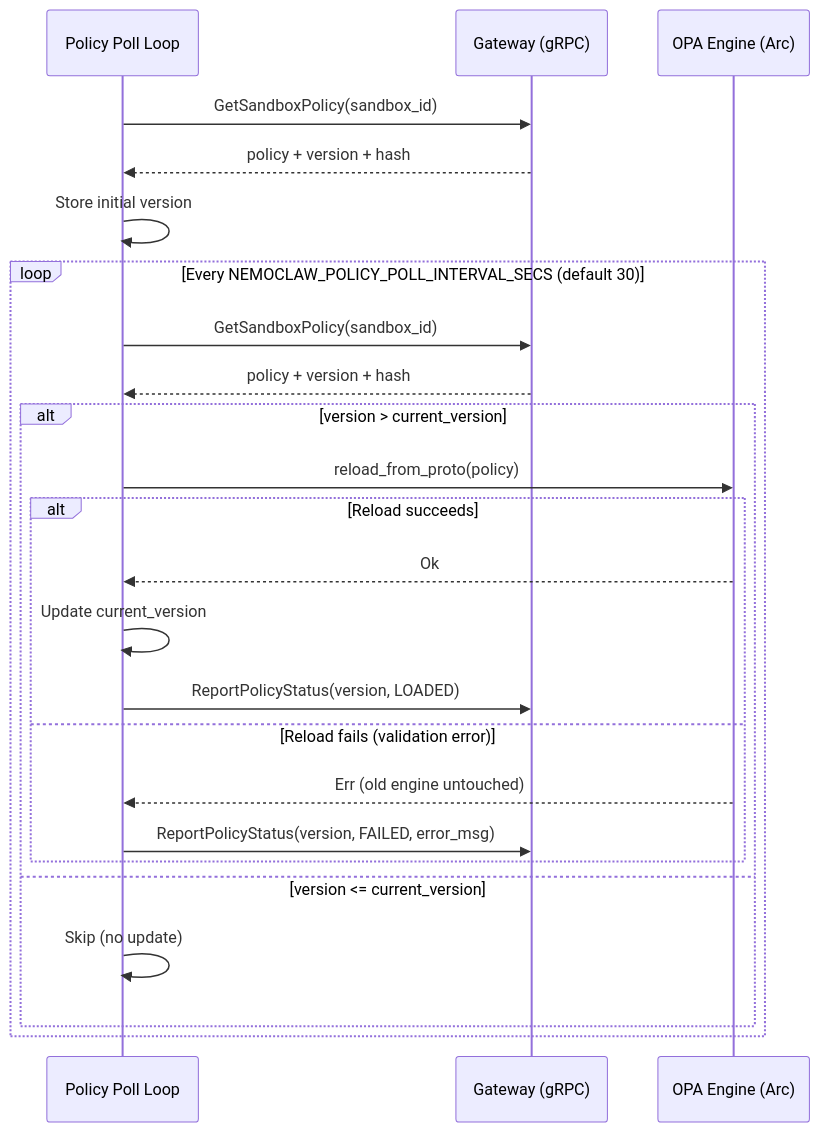
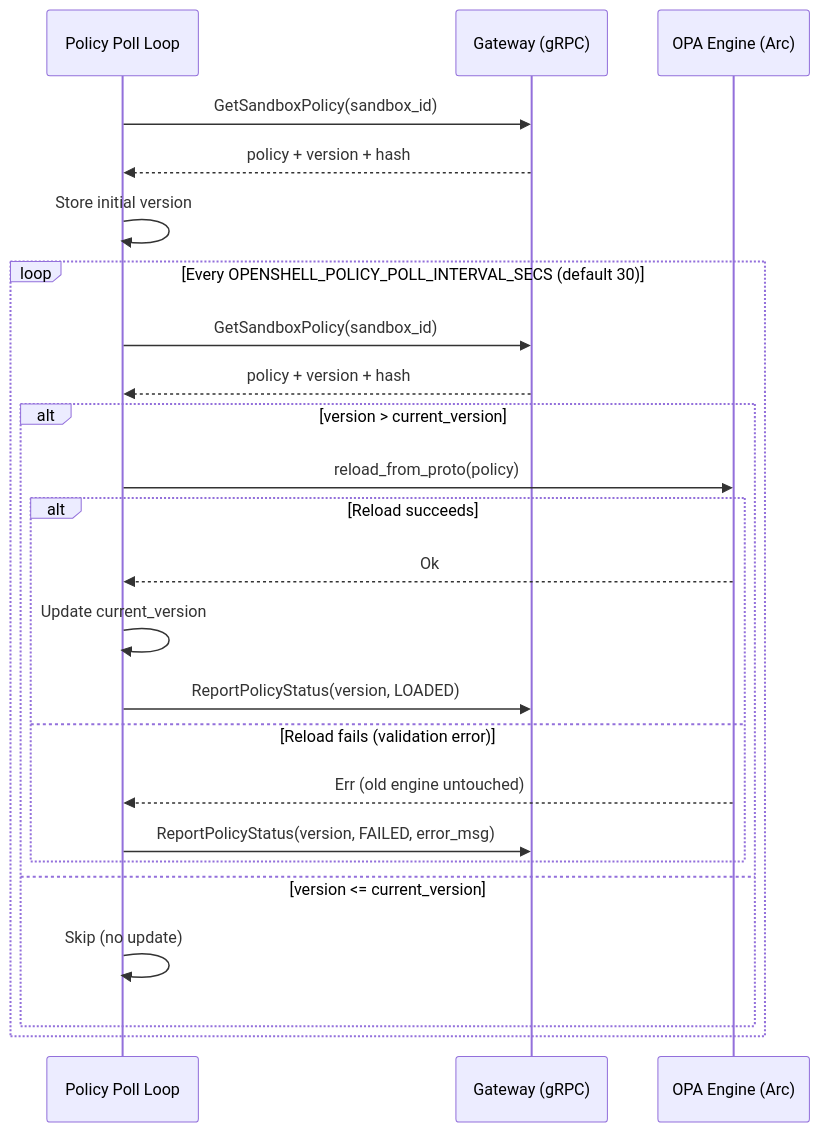
One commit to NVIDIA/OpenShell changed the third of 10 diagrams in architecture/sandbox.md. Above: the diagram before and after it, drawn with Mermaid. The commit also changed other lines of this file and 162 other files, not shown here.

````diff
--- a/architecture/sandbox.md
+++ b/architecture/sandbox.md
@@ -312,28 +312,28 @@
 ```mermaid
 sequenceDiagram
     participant PL as Policy Poll Loop
     participant GW as Gateway (gRPC)
     participant OPA as OPA Engine (Arc)
 
     PL->>GW: GetSandboxPolicy(sandbox_id)
     GW-->>PL: policy + version + hash
     PL->>PL: Store initial version
 
-    loop Every NEMOCLAW_POLICY_POLL_INTERVAL_SECS (default 30)
+    loop Every OPENSHELL_POLICY_POLL_INTERVAL_SECS (default 30)
         PL->>GW: GetSandboxPolicy(sandbox_id)
         GW-->>PL: policy + version + hash
         alt version > current_version
             PL->>OPA: reload_from_proto(policy)
             alt Reload succeeds
                 OPA-->>PL: Ok
                 PL->>PL: Update current_version
                 PL->>GW: ReportPolicyStatus(version, LOADED)
             else Reload fails (validation error)
                 OPA-->>PL: Err (old engine untouched)
                 PL->>GW: ReportPolicyStatus(version, FAILED, error_msg)
             end
         else version <= current_version
             PL->>PL: Skip (no update)
         end
     end
 ```
````
